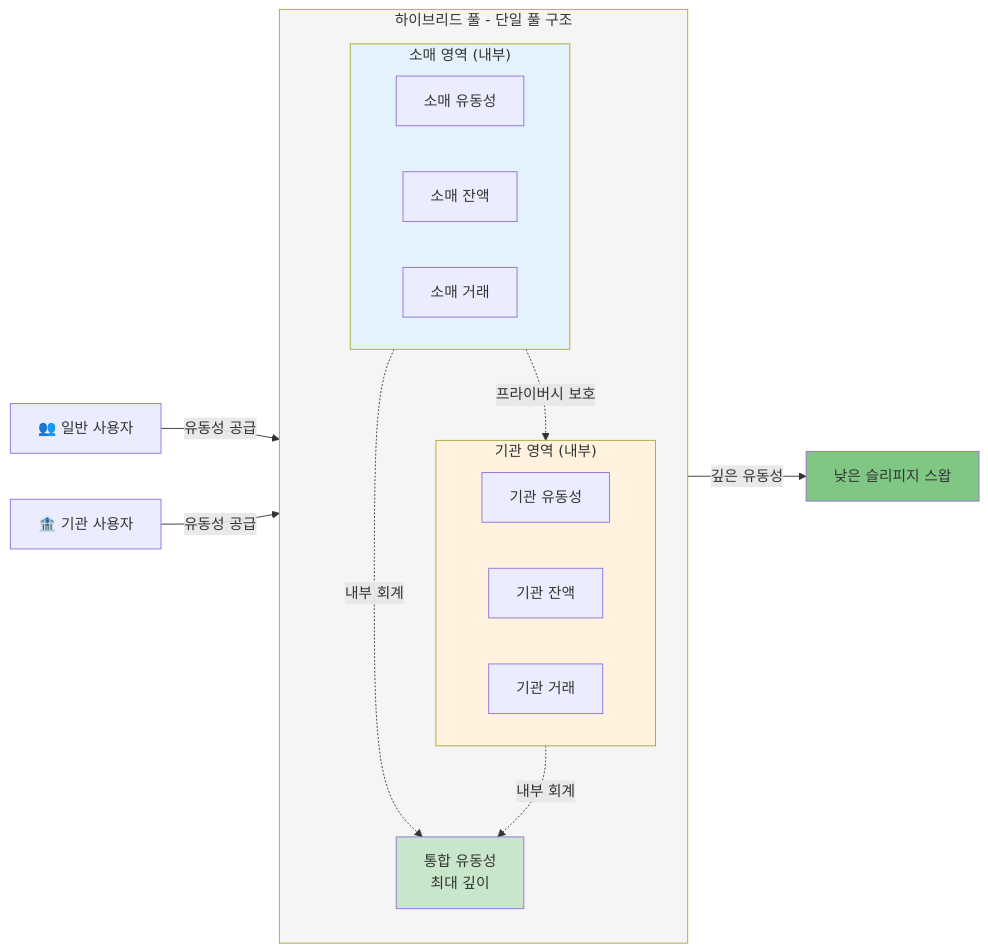
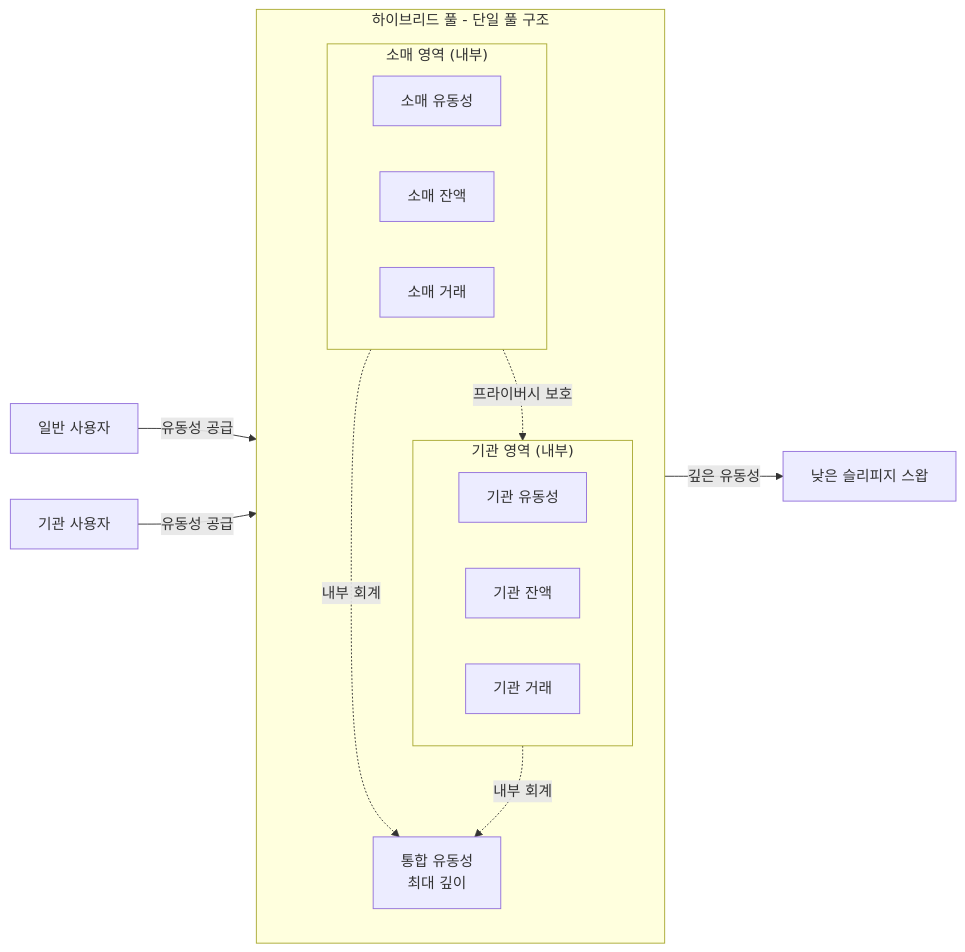
Before and after one commit to fbtopg/gurufin-docs: the first of 2 diagrams in gurudex/02_hybrid_pools_kr.md, drawn with Mermaid. The commit also changed other lines of this file and 18 other files, not shown here.

````diff
--- a/gurudex/02_hybrid_pools_kr.md
+++ b/gurudex/02_hybrid_pools_kr.md
@@ -83,36 +83,30 @@
 ```mermaid
 graph LR
     subgraph HybridPool["하이브리드 풀 - 단일 풀 구조"]
         direction TB
         
         subgraph RetailSection["소매 영역 (내부)"]
             R1[소매 유동성]
             R2[소매 잔액]
             R3[소매 거래]
         end
         
         subgraph InstSection["기관 영역 (내부)"]
             I1[기관 유동성]
             I2[기관 잔액]
             I3[기관 거래]
         end
         
         SharedLiquidity[통합 유동성<br/>최대 깊이]
     end
     
-    RetailUsers[👥 일반 사용자] -->|유동성 공급| RetailSection
-    InstUsers[🏦 기관 사용자] -->|유동성 공급| InstSection
+    RetailUsers[일반 사용자] -->|유동성 공급| RetailSection
+    InstUsers[기관 사용자] -->|유동성 공급| InstSection
     
     RetailSection -.내부 회계.-> SharedLiquidity
     InstSection -.내부 회계.-> SharedLiquidity
     
     SharedLiquidity -->|깊은 유동성| Swaps[낮은 슬리피지 스왑]
     
     RetailSection -.프라이버시 보호.-> InstSection
-    
-    style HybridPool fill:#f5f5f5
-    style RetailSection fill:#e3f2fd
-    style InstSection fill:#fff3e0
-    style SharedLiquidity fill:#c8e6c9
-    style Swaps fill:#81c784
 ```
````
